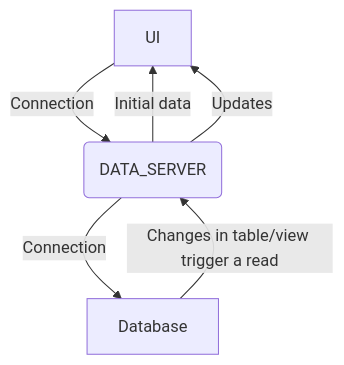
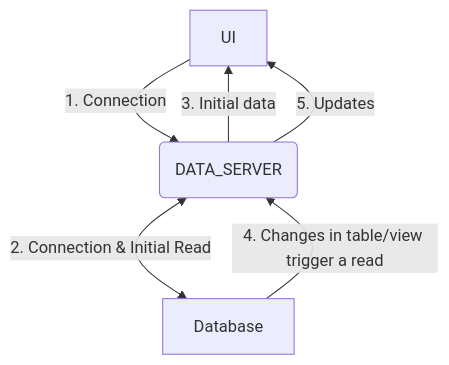
One commit to genesiscommunitysuccess/docs changed the diagram in docs/001_develop/02_server-capabilities/004_real-time-queries-data-server/index.mdx. Above: the diagram before and after it, drawn with Mermaid. The commit also changed other lines of this file and 10 other files, not shown here.

Commit message:
Adding Request server and tweaking data model and dataserver to align. Also added in sections for Access Control so we can link from others.

````diff
--- a/docs/001_develop/02_server-capabilities/004_real-time-queries-data-server/index.mdx
+++ b/docs/001_develop/02_server-capabilities/004_real-time-queries-data-server/index.mdx
@@ -22,8 +25,8 @@
 ```mermaid
 graph TD
-A[UI] --> |Connection| B(DATA_SERVER)
-B -->|Initial data| A
-B --> |Updates| A
-B -->|Connection| C[Database]
-C --> |Changes in table/view trigger a read|B
+A[UI] --> |1. Connection| B(DATA_SERVER)
+B -->|3. Initial data| A
+B --> |5. Updates| A
+B <-->|2. Connection & Initial Read| C[Database]
+C --> |4. Changes in table/view trigger a read|B
 ```
````
